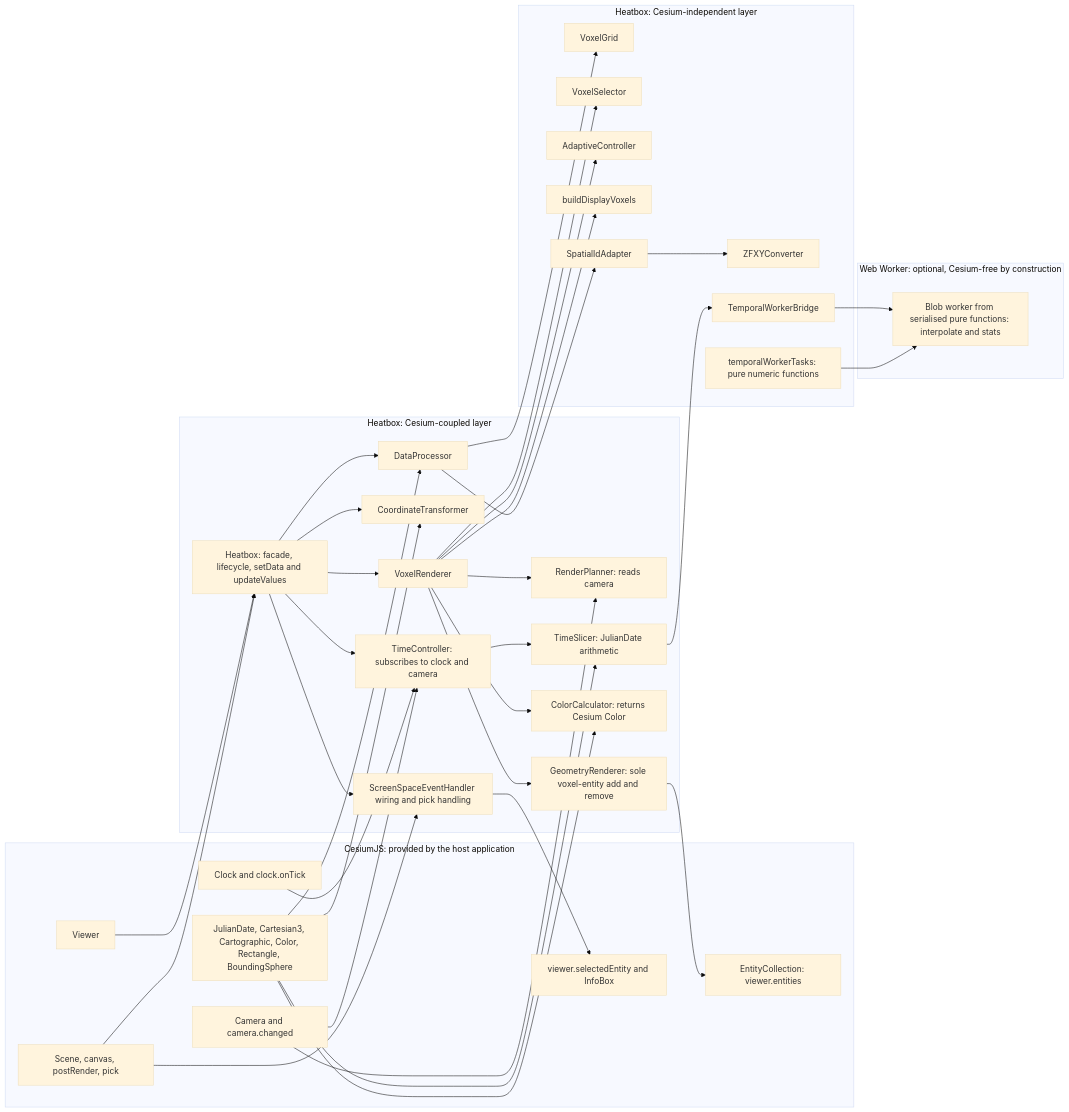
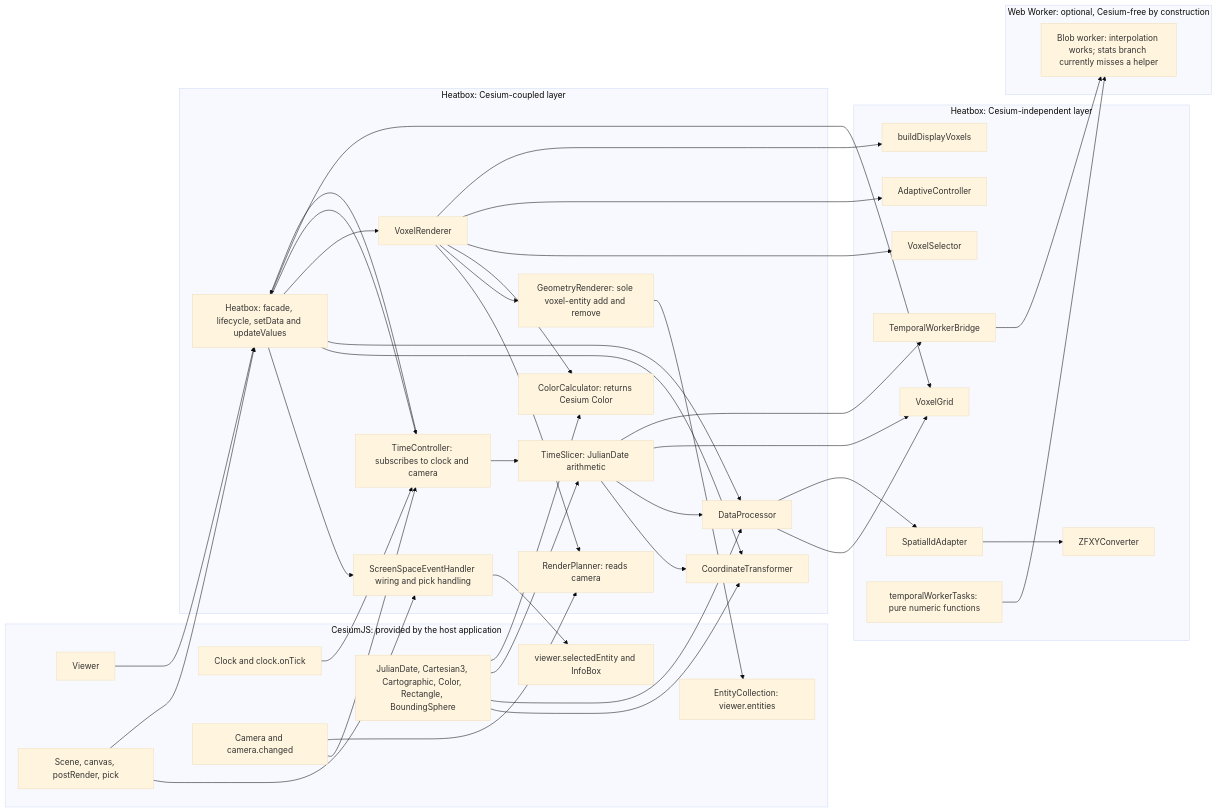
Before and after one commit to hiro-nyon/cesium-heatbox: the second of 3 diagrams in docs/adr/ADR-0019-v1.3.7-current-runtime-architecture.md, drawn with Mermaid (base theme). The commit also changed other lines of this file and 11 other files, not shown here.

Commit message:
docs(adr): correct architecture audit findings

````diff
--- a/docs/adr/ADR-0019-v1.3.7-current-runtime-architecture.md
+++ b/docs/adr/ADR-0019-v1.3.7-current-runtime-architecture.md
@@ -315,71 +315,76 @@
 ```mermaid
 flowchart LR
     subgraph CESIUM["CesiumJS: provided by the host application"]
         VIEWER["Viewer"]
         CLOCK["Clock and clock.onTick"]
         CAMERA["Camera and camera.changed"]
         SCENE["Scene, canvas, postRender, pick"]
         ECOLL["EntityCollection: viewer.entities"]
         SELENT["viewer.selectedEntity and InfoBox"]
         TYPES["JulianDate, Cartesian3, Cartographic, Color, Rectangle, BoundingSphere"]
     end
 
     subgraph COUPLED["Heatbox: Cesium-coupled layer"]
         HB["Heatbox: facade, lifecycle, setData and updateValues"]
         SSEH["ScreenSpaceEventHandler wiring and pick handling"]
         CT["CoordinateTransformer"]
         DP["DataProcessor"]
         VR["VoxelRenderer"]
         RP["RenderPlanner: reads camera"]
         GR["GeometryRenderer: sole voxel-entity add and remove"]
         CC["ColorCalculator: returns Cesium Color"]
         TC["TimeController: subscribes to clock and camera"]
         TS["TimeSlicer: JulianDate arithmetic"]
     end
 
     subgraph PURE["Heatbox: Cesium-independent layer"]
         VG["VoxelGrid"]
         VS["VoxelSelector"]
         AC["AdaptiveController"]
         BDV["buildDisplayVoxels"]
         SIA["SpatialIdAdapter"]
         ZC["ZFXYConverter"]
         WB["TemporalWorkerBridge"]
         WT["temporalWorkerTasks: pure numeric functions"]
     end
 
     subgraph WORKER["Web Worker: optional, Cesium-free by construction"]
-        WK["Blob worker from serialised pure functions: interpolate and stats"]
+        WK["Blob worker: interpolation works; stats branch currently misses a helper"]
     end
 
     VIEWER --> HB
     CLOCK --> TC
     CAMERA --> TC
     CAMERA --> RP
     SCENE --> SSEH
     SCENE --> HB
     TYPES --> CT
     TYPES --> DP
     TYPES --> TS
     TYPES --> CC
     HB --> SSEH
     SSEH --> SELENT
     HB --> CT
     HB --> DP
     HB --> VR
     HB --> TC
+    HB --> VG
+    TC --> HB
     TC --> TS
+    TS --> CT
+    TS --> DP
+    TS --> VG
     TS --> WB
     WB --> WK
     WT --> WK
     VR --> RP
     VR --> GR
     VR --> CC
     VR --> VS
     VR --> AC
     VR --> BDV
     DP --> VG
     DP --> SIA
     SIA --> ZC
     GR --> ECOLL
 ```
````
